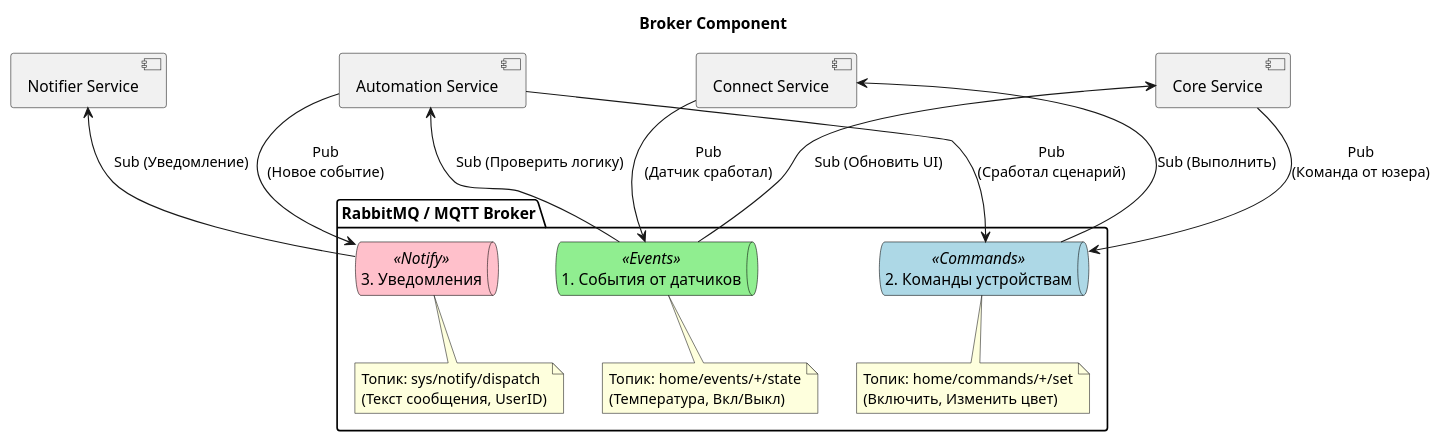
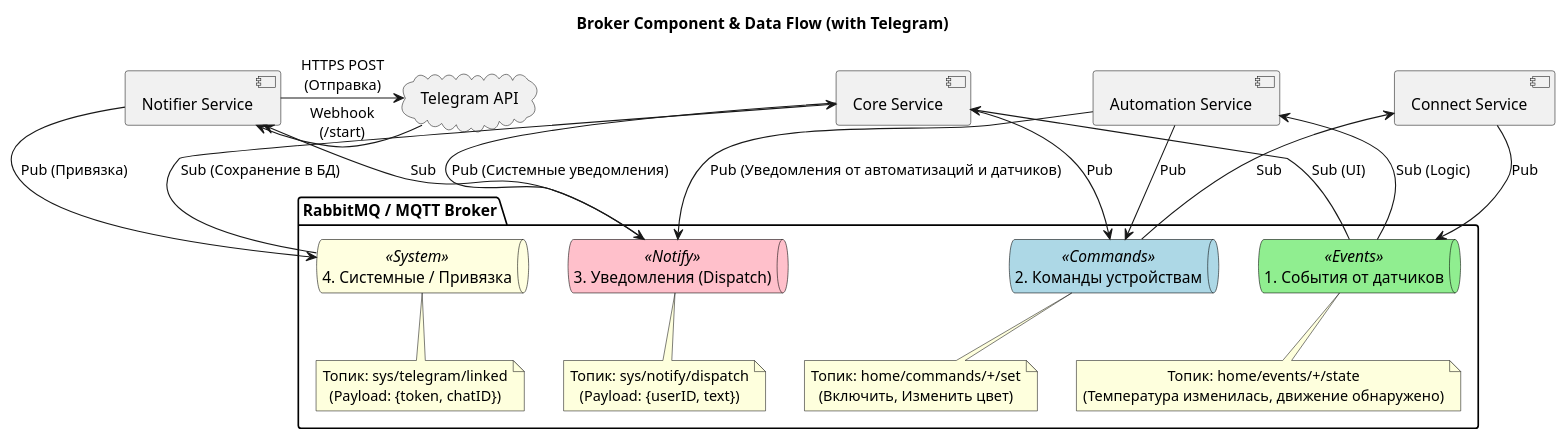
Before and after one commit to kalancha/architecture-course: the diagram in architecture-warmhouse/apps/diagrams/MessageBrokerComponent.puml, drawn with PlantUML. The commit also changed 3 other files, not shown here.

```diff
--- a/architecture-warmhouse/apps/diagrams/MessageBrokerComponent.puml
+++ b/architecture-warmhouse/apps/diagrams/MessageBrokerComponent.puml
@@ -1,47 +1,70 @@
 @startuml
+skinparam defaultTextAlignment center
+skinparam componentStyle uml2
 
+' Настройка цветов для разных типов
 skinparam queue {
     BorderColor Black
 }
 skinparam queue<<Events>> {
     BackgroundColor LightGreen
 }
 skinparam queue<<Commands>> {
     BackgroundColor LightBlue
 }
 skinparam queue<<Notify>> {
     BackgroundColor Pink
 }
+skinparam queue<<System>> {
+    BackgroundColor LightYellow
+}
 
-title Broker Component
+title Broker Component & Data Flow (with Telegram)
 
 package "RabbitMQ / MQTT Broker" {
 
     queue "1. События от датчиков" as events <<Events>>
-    note bottom: Топик: home/events/+/state\n(Температура, Вкл/Выкл)
+    note bottom: Топик: home/events/+/state\n(Температура изменилась, движение обнаружено)
 
     queue "2. Команды устройствам" as commands <<Commands>>
     note bottom: Топик: home/commands/+/set\n(Включить, Изменить цвет)
 
-    queue "3. Уведомления" as notify <<Notify>>
-    note bottom: Топик: sys/notify/dispatch\n(Текст сообщения, UserID)
+    queue "3. Уведомления (Dispatch)" as notify <<Notify>>
+    note bottom: Топик: sys/notify/dispatch\n(Payload: {userID, text})
+
+    queue "4. Системные / Привязка" as sys_link <<System>>
+    note bottom: Топик: sys/telegram/linked\n(Payload: {token, chatID})
 
 }
 
+' Наши сервисы
 component "Connect Service" as connect
 component "Core Service" as core
 component "Automation Service" as auto
 component "Notifier Service" as notifier
 
-connect -down-> events : Pub\n(Датчик сработал)
-events -up-> core : Sub (Обновить UI)
-events -up-> auto : Sub (Проверить логику)
+' Внешний мир
+cloud "Telegram API" as tg_cloud
 
-core -down-> commands : Pub\n(Команда от юзера)
-auto -down-> commands : Pub\n(Сработал сценарий)
-commands -up-> connect : Sub (Выполнить)
+' --- 1. ПОТОК ДАННЫХ (ОТ ЖЕЛЕЗА) ---
+connect -down-> events : Pub
+events -up-> core : Sub (UI)
+events -up-> auto : Sub (Logic)
 
-auto -down-> notify : Pub\n(Новое событие)
-notify -up-> notifier : Sub (Уведомление)
+' --- 2. ПОТОК УПРАВЛЕНИЯ (К ЖЕЛЕЗУ) ---
+core -down-> commands : Pub
+auto -down-> commands : Pub
+commands -up-> connect : Sub
+
+' --- 3. ПОТОК УВЕДОМЛЕНИЙ (К ПОЛЬЗОВАТЕЛЮ) ---
+auto -down-> notify : Pub (Уведомления от автоматизаций и датчиков)
+core -down-> notify : Pub (Системные уведомления)
+notify -up-> notifier : Sub
+notifier -right-> tg_cloud : HTTPS POST\n(Отправка)
+
+' --- 4. ПОТОК ПРИВЯЗКИ (ОТ ПОЛЬЗОВАТЕЛЯ) ---
+tg_cloud -left-> notifier : Webhook\n(/start)
+notifier -up-> sys_link : Pub (Привязка)
+sys_link -up-> core : Sub (Сохранение в БД)
 
 @enduml
```
